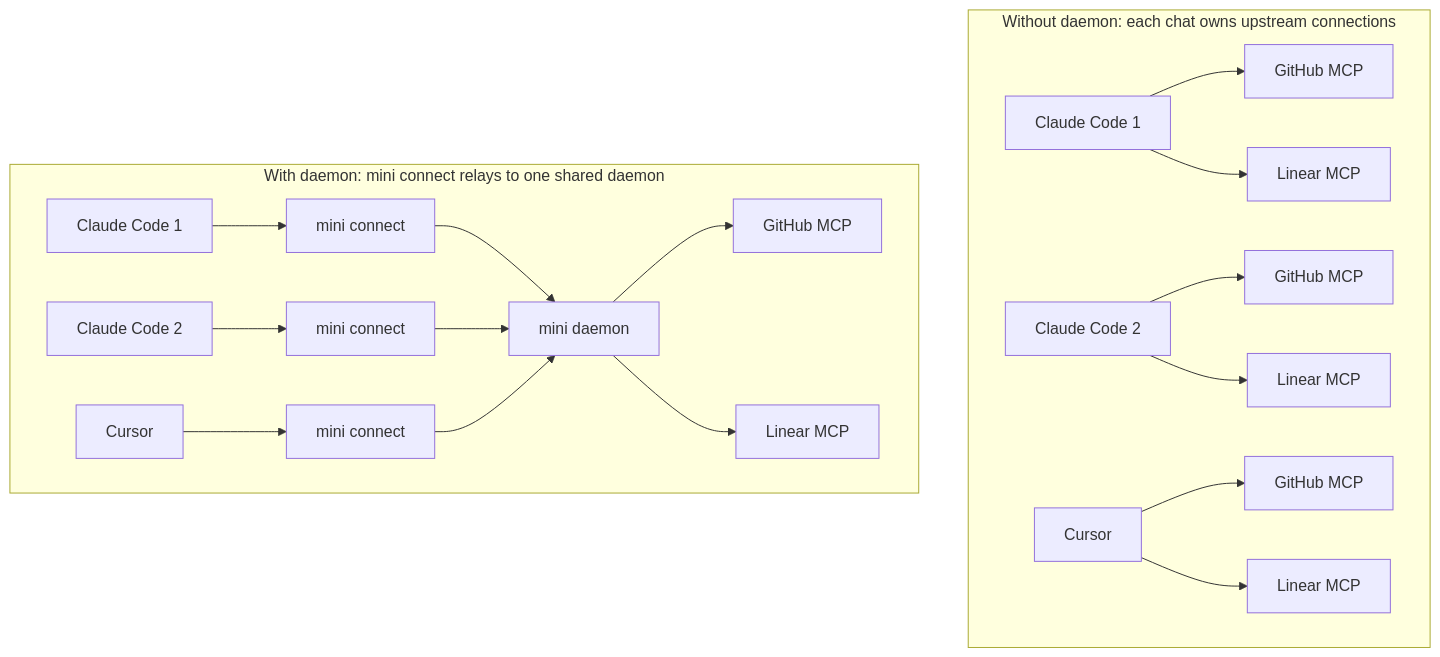
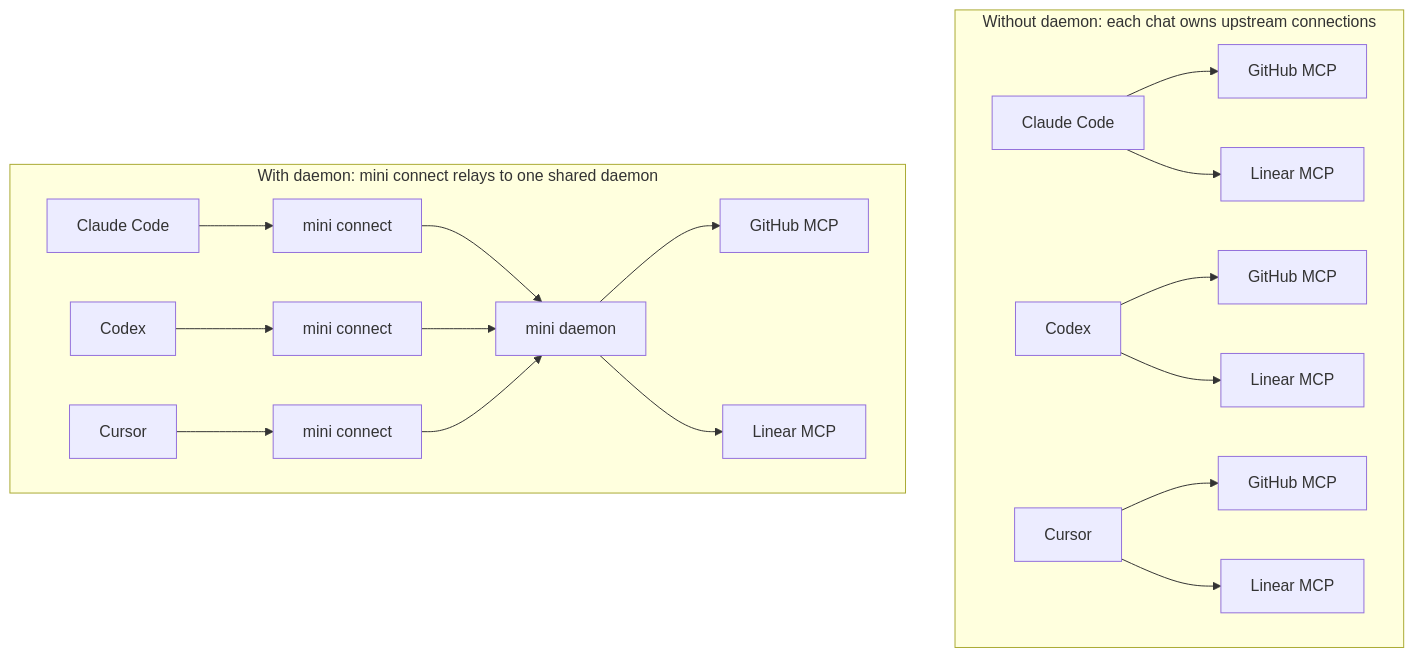
Before and after one commit to mcpmini/mini: the second of 2 diagrams in README.md, drawn with Mermaid.

Commit message:
docs: vary daemon diagram clients

````diff
--- a/README.md
+++ b/README.md
@@ -170,24 +170,24 @@
 ```mermaid
 graph TB
     subgraph before["Without daemon: each chat owns upstream connections"]
         direction LR
-        a1[Claude Code 1] --> g1[GitHub MCP]
+        a1[Claude Code] --> g1[GitHub MCP]
         a1 --> l1[Linear MCP]
-        a2[Claude Code 2] --> g2[GitHub MCP]
+        a2[Codex] --> g2[GitHub MCP]
         a2 --> l2[Linear MCP]
         a3[Cursor] --> g3[GitHub MCP]
         a3 --> l3[Linear MCP]
     end
 
     subgraph after["With daemon: mini connect relays to one shared daemon"]
         direction LR
-        b1[Claude Code 1] --> p1[mini connect]
-        b2[Claude Code 2] --> p2[mini connect]
+        b1[Claude Code] --> p1[mini connect]
+        b2[Codex] --> p2[mini connect]
         b3[Cursor] --> p3[mini connect]
         p1 --> d[mini daemon]
         p2 --> d
         p3 --> d
         d --> bg[GitHub MCP]
         d --> bl[Linear MCP]
     end
 ```
````
